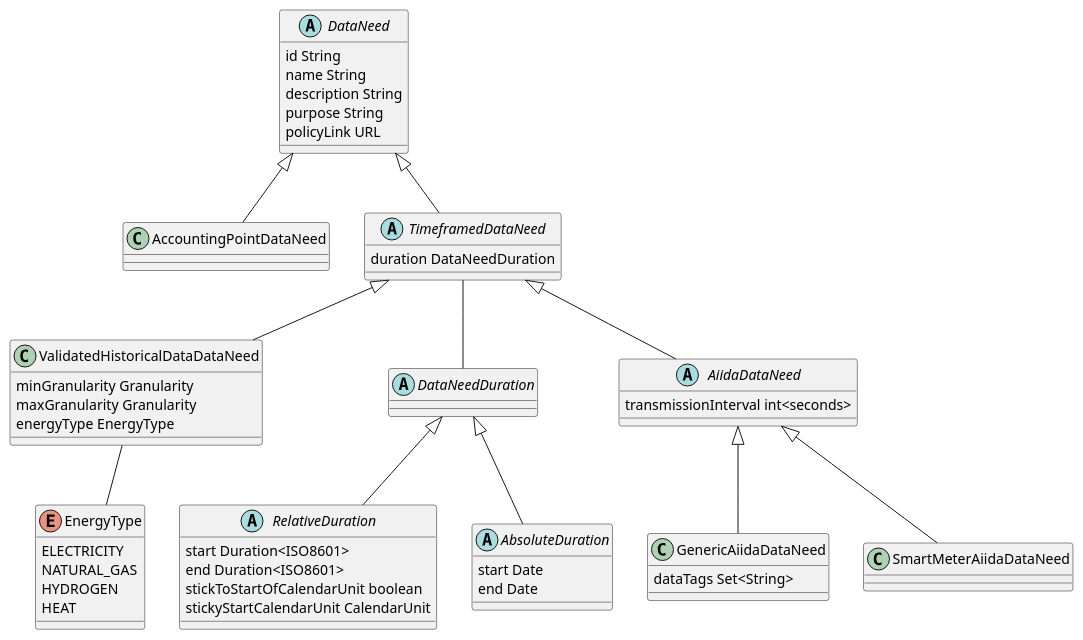
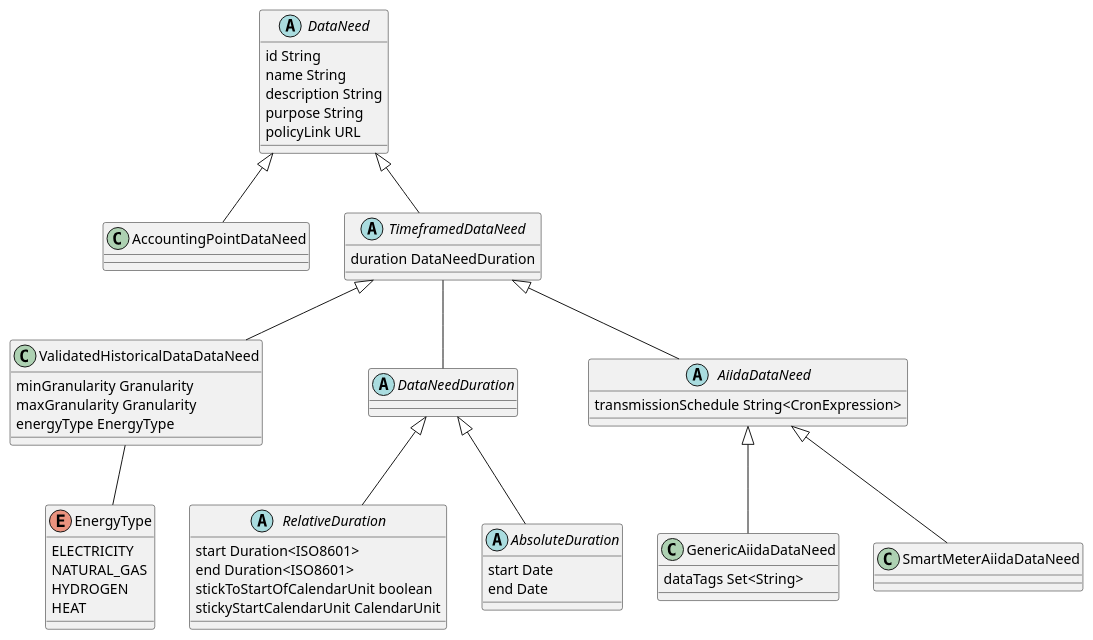
Before and after one commit to eddie-energy/eddie: the diagram in data-needs/DataNeeds.plantuml, drawn with PlantUML. The commit also changed 25 other files, not shown here.

Commit message:
GH-1219 Use Cron format for transmission schedule instead of seconds

```diff
--- a/data-needs/DataNeeds.plantuml
+++ b/data-needs/DataNeeds.plantuml
@@ -1,68 +1,67 @@
 @startuml
 abstract DataNeed {
     id String
     name String
     description String
     purpose String
     policyLink URL
 }
 
 class AccountingPointDataNeed {
 }
 
 abstract TimeframedDataNeed {
     duration DataNeedDuration
 }
 
 class ValidatedHistoricalDataDataNeed {
     minGranularity Granularity
     maxGranularity Granularity
     energyType EnergyType
 }
 
 enum EnergyType {
     ELECTRICITY
     NATURAL_GAS
     HYDROGEN
     HEAT
 }
 
 abstract DataNeedDuration
 
 abstract RelativeDuration {
     start Duration<ISO8601>
     end Duration<ISO8601>
     stickToStartOfCalendarUnit boolean
     stickyStartCalendarUnit CalendarUnit
 }
 
 abstract AbsoluteDuration {
     start Date
     end Date
 }
 
 abstract AiidaDataNeed {
-    transmissionInterval int<seconds>
+    transmissionSchedule String<CronExpression>
 }
 
 class GenericAiidaDataNeed {
     dataTags Set<String>
 }
 
 DataNeed <|-- AccountingPointDataNeed
 DataNeed <|-- TimeframedDataNeed
 
 TimeframedDataNeed -- DataNeedDuration
 
 TimeframedDataNeed <|-- ValidatedHistoricalDataDataNeed
 
 ValidatedHistoricalDataDataNeed -- EnergyType
 
 DataNeedDuration <|-- AbsoluteDuration
 DataNeedDuration <|-- RelativeDuration
 
 TimeframedDataNeed <|-- AiidaDataNeed
 AiidaDataNeed <|-- GenericAiidaDataNeed
 AiidaDataNeed <|-- SmartMeterAiidaDataNeed
-
 @enduml
```
